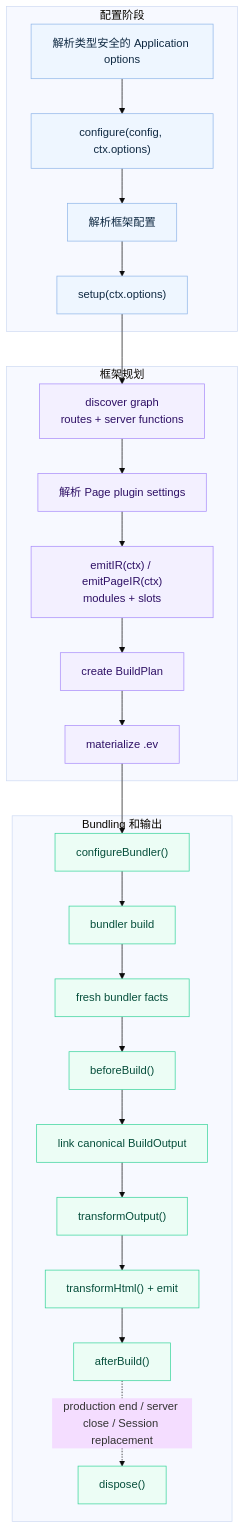
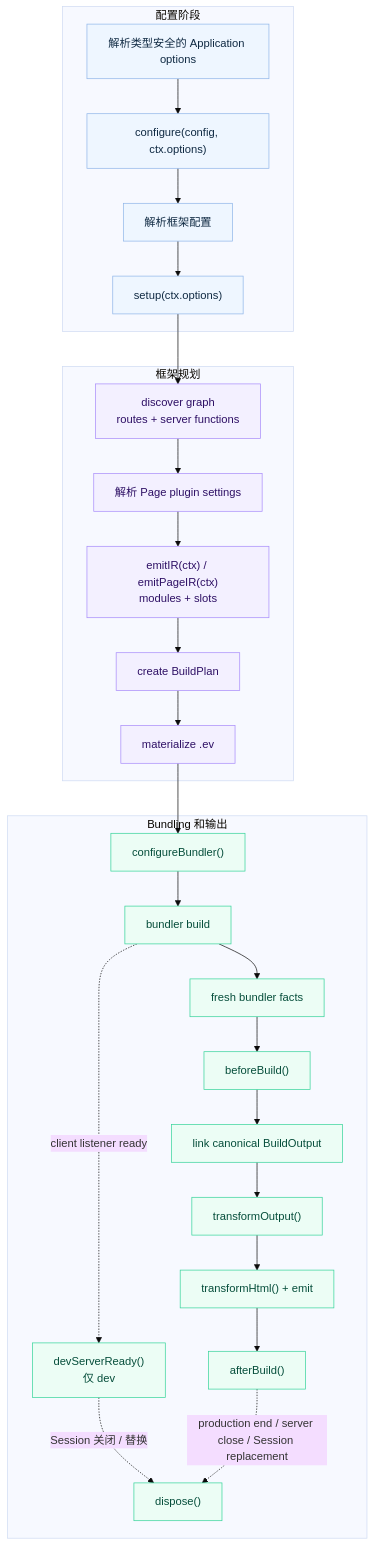
One commit to afx-team/evjs changed the diagram in docs/i18n/zh-Hans/docusaurus-plugin-content-docs/current/plugin-hooks.md. Above: the diagram before and after it, drawn with Mermaid (base theme). The commit also changed other lines of this file and 14 other files, not shown here.

Commit message:
feat(plugin): expose dev server ready hook

````diff
--- a/docs/i18n/zh-Hans/docusaurus-plugin-content-docs/current/plugin-hooks.md
+++ b/docs/i18n/zh-Hans/docusaurus-plugin-content-docs/current/plugin-hooks.md
@@ -9,41 +9,44 @@
 ```mermaid
 flowchart TB
   subgraph Configure["配置阶段"]
     AppOptions["解析类型安全的 Application options"]
     Config["configure(config, ctx.options)"]
     Resolve["解析框架配置"]
     Setup["setup(ctx.options)"]
   end
 
   subgraph Plan["框架规划"]
     Graph["discover graph\nroutes + server functions"]
     PageSettings["解析 Page plugin settings"]
     Contributions["emitIR(ctx) / emitPageIR(ctx)\nmodules + slots"]
     BuildPlan["create BuildPlan"]
     IR["materialize .ev"]
   end
 
   subgraph Build["Bundling 和输出"]
     BundlerConfig["configureBundler()"]
     Bundler["bundler build"]
+    DevReady["devServerReady()\n仅 dev"]
     Facts["fresh bundler facts"]
     BuildStart["beforeBuild()"]
     Link["link canonical BuildOutput"]
     BuildOutput["transformOutput()"]
     HTML["transformHtml() + emit"]
     BuildEnd["afterBuild()"]
     Dispose["dispose()"]
   end
 
   AppOptions --> Config --> Resolve --> Setup --> Graph --> PageSettings --> Contributions --> BuildPlan
   BuildPlan --> IR --> BundlerConfig --> Bundler --> Facts --> BuildStart --> Link
+  Bundler -. client listener ready .-> DevReady
   Link --> BuildOutput --> HTML --> BuildEnd
+  DevReady -. Session 关闭 / 替换 .-> Dispose
   BuildEnd -. production end / server close / Session replacement .-> Dispose
 
   classDef config fill:#eef6ff,stroke:#8fb5e8,color:#102a43;
   classDef plan fill:#f3f0ff,stroke:#a78bfa,color:#2e1065;
   classDef build fill:#ecfdf5,stroke:#34d399,color:#064e3b;
   class AppOptions,Config,Resolve,Setup config;
   class Graph,PageSettings,BuildPlan,Contributions,IR plan;
-  class BundlerConfig,Bundler,Facts,BuildStart,Link,BuildOutput,HTML,BuildEnd,Dispose build;
+  class BundlerConfig,Bundler,DevReady,Facts,BuildStart,Link,BuildOutput,HTML,BuildEnd,Dispose build;
 ```
````
